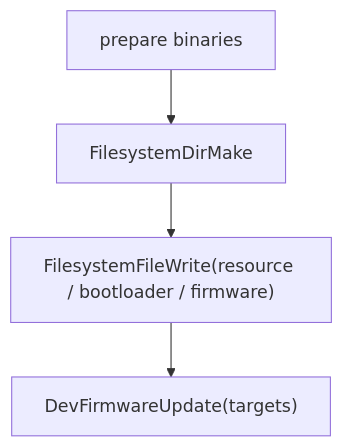
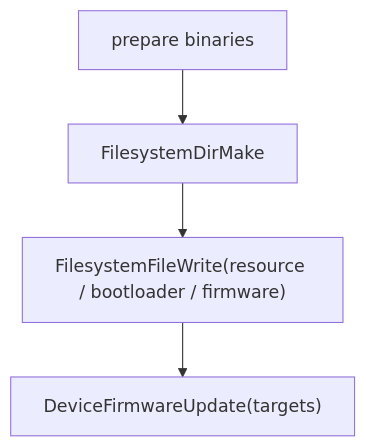
One commit to OneKeyHQ/hardware-js-sdk changed the third of 3 diagrams in docs/architecture.md. Above: the diagram before and after it, drawn with Mermaid. The commit also changed other lines of this file and 90 other files, not shown here.

Commit message:
feat: support pro2 protocol v2 usb flows

````diff
--- a/docs/architecture.md
+++ b/docs/architecture.md
@@ -122,9 +122,9 @@
 ```mermaid
 flowchart TD
   Prepare["prepare binaries"]
   Mkdir["FilesystemDirMake"]
   Write["FilesystemFileWrite(resource / bootloader / firmware)"]
-  Update["DevFirmwareUpdate(targets)"]
+  Update["DeviceFirmwareUpdate(targets)"]
 
   Prepare --> Mkdir --> Write --> Update
 ```
````
